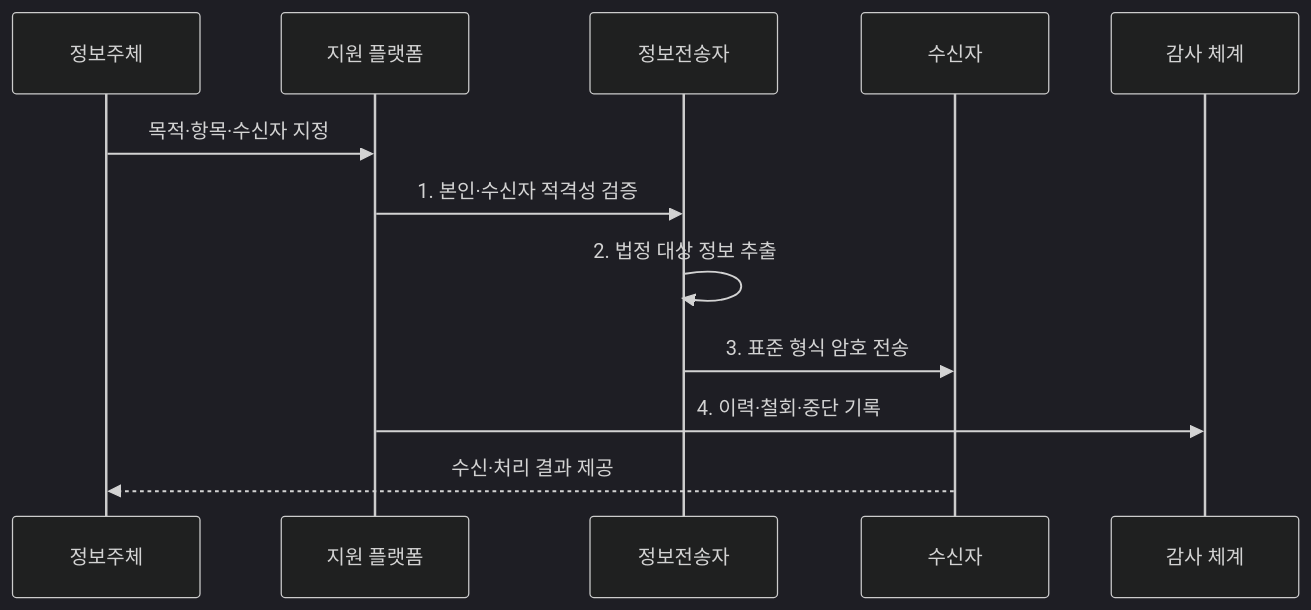
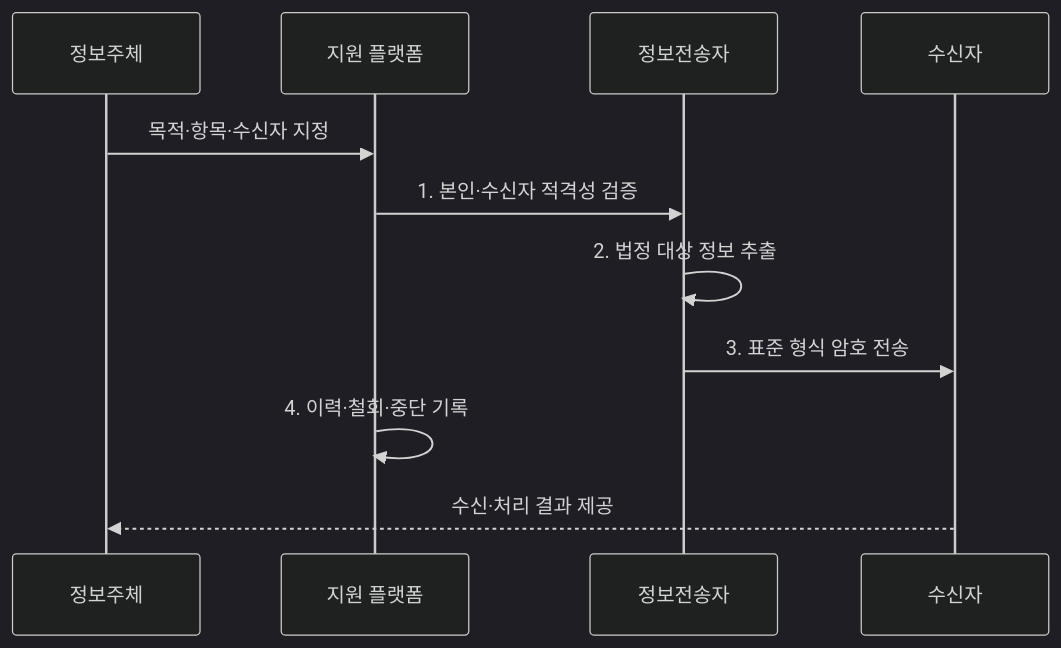
Before and after one commit to agnusdei1207/knowledge-base: the second of 2 diagrams in src/content/docs/notes/05-security/096_data_portability_mydata.md, drawn with Mermaid (dark theme). The commit also changed 9 other files, not shown here.

Commit message:
Streamline privacy governance sequences

````diff
--- a/src/content/docs/notes/05-security/096_data_portability_mydata.md
+++ b/src/content/docs/notes/05-security/096_data_portability_mydata.md
@@ -98,14 +98,13 @@
 ```mermaid
 sequenceDiagram
     participant U as 정보주체
     participant P as 지원 플랫폼
     participant H as 정보전송자
     participant R as 수신자
-    participant A as 감사 체계
     U->>P: 목적·항목·수신자 지정
     P->>H: 1. 본인·수신자 적격성 검증
     H->>H: 2. 법정 대상 정보 추출
     H->>R: 3. 표준 형식 암호 전송
-    P->>A: 4. 이력·철회·중단 기록
+    P->>P: 4. 이력·철회·중단 기록
     R-->>U: 수신·처리 결과 제공
 ```
````
